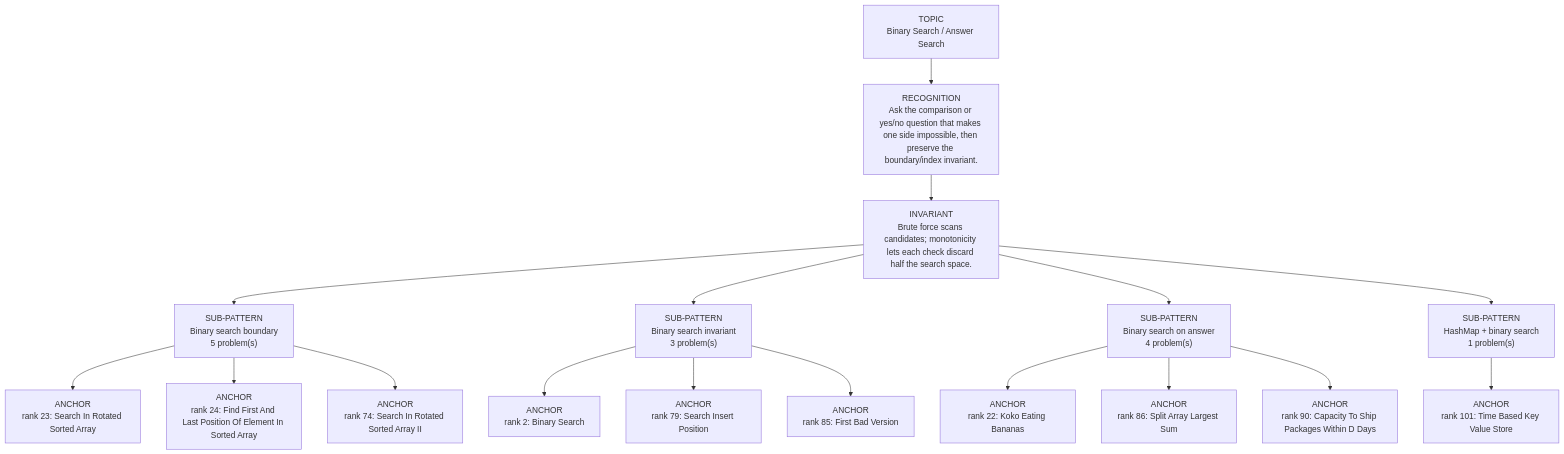
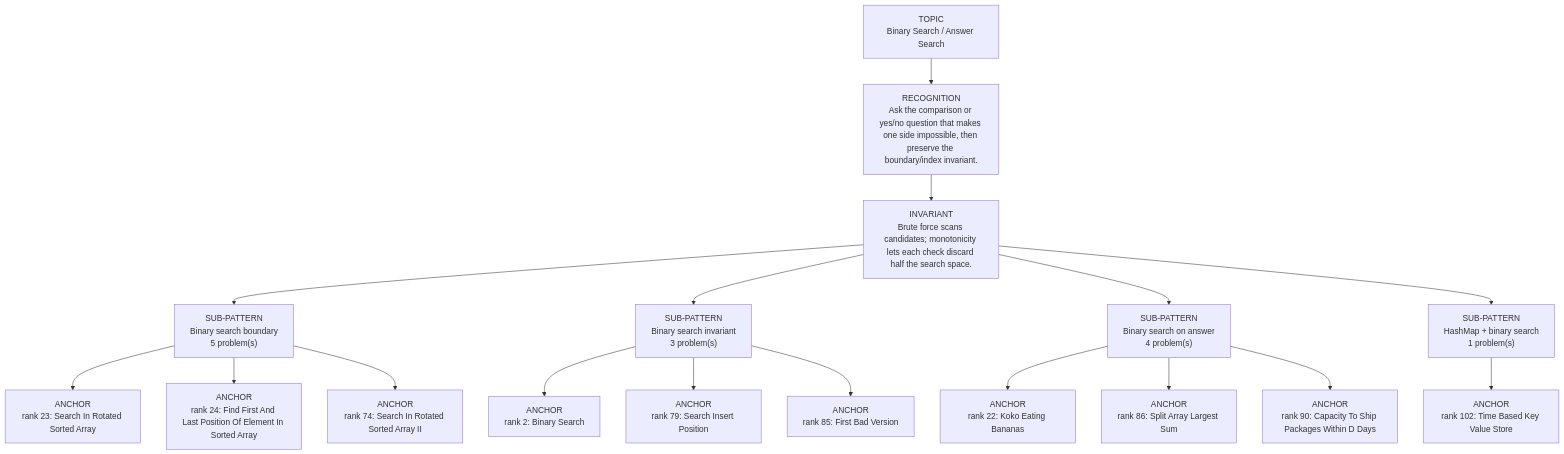
The diagram in dsa-review/interview/patterns/02_binary_search.md (thechiranjeevjain/DSA10days), drawn with Mermaid before and after one commit. The commit also changed other lines of this file and 51 other files, not shown here.

````diff
--- a/dsa-review/interview/patterns/02_binary_search.md
+++ b/dsa-review/interview/patterns/02_binary_search.md
@@ -15,21 +15,21 @@
 ```mermaid
 flowchart TD
   Topic["TOPIC<br/>Binary Search / Answer Search"]
   Recognition["RECOGNITION<br/>Ask the comparison or yes/no question that makes one side impossible, then preserve the boundary/index invariant."]
   Invariant["INVARIANT<br/>Brute force scans candidates; monotonicity lets each check discard half the search space."]
   Topic --> Recognition --> Invariant
   Invariant --> Sub01["SUB-PATTERN<br/>Binary search boundary<br/>5 problem(s)"]
   Sub01 --> Sub01A01["ANCHOR<br/>rank 23: Search In Rotated Sorted Array"]
   Sub01 --> Sub01A02["ANCHOR<br/>rank 24: Find First And Last Position Of Element In Sorted Array"]
   Sub01 --> Sub01A03["ANCHOR<br/>rank 74: Search In Rotated Sorted Array II"]
   Invariant --> Sub02["SUB-PATTERN<br/>Binary search invariant<br/>3 problem(s)"]
   Sub02 --> Sub02A01["ANCHOR<br/>rank 2: Binary Search"]
   Sub02 --> Sub02A02["ANCHOR<br/>rank 79: Search Insert Position"]
   Sub02 --> Sub02A03["ANCHOR<br/>rank 85: First Bad Version"]
   Invariant --> Sub03["SUB-PATTERN<br/>Binary search on answer<br/>4 problem(s)"]
   Sub03 --> Sub03A01["ANCHOR<br/>rank 22: Koko Eating Bananas"]
   Sub03 --> Sub03A02["ANCHOR<br/>rank 86: Split Array Largest Sum"]
   Sub03 --> Sub03A03["ANCHOR<br/>rank 90: Capacity To Ship Packages Within D Days"]
   Invariant --> Sub04["SUB-PATTERN<br/>HashMap + binary search<br/>1 problem(s)"]
-  Sub04 --> Sub04A01["ANCHOR<br/>rank 101: Time Based Key Value Store"]
+  Sub04 --> Sub04A01["ANCHOR<br/>rank 102: Time Based Key Value Store"]
 ```
````
